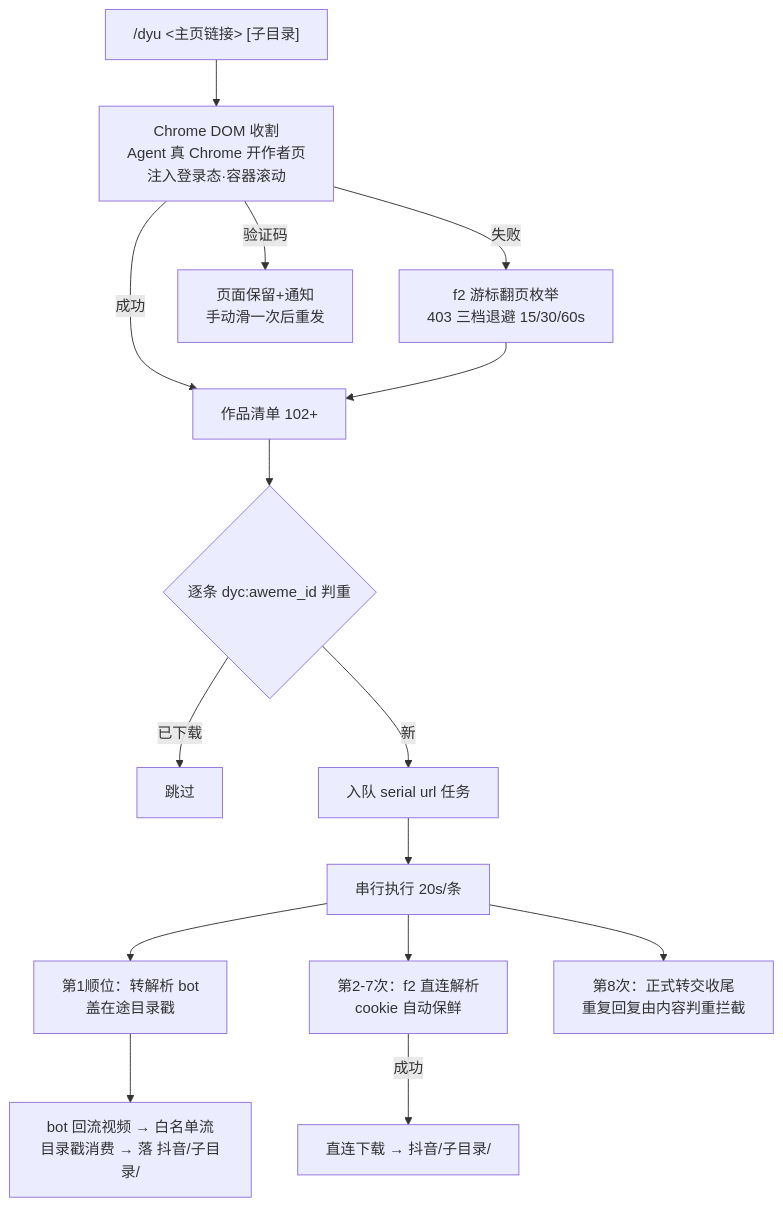
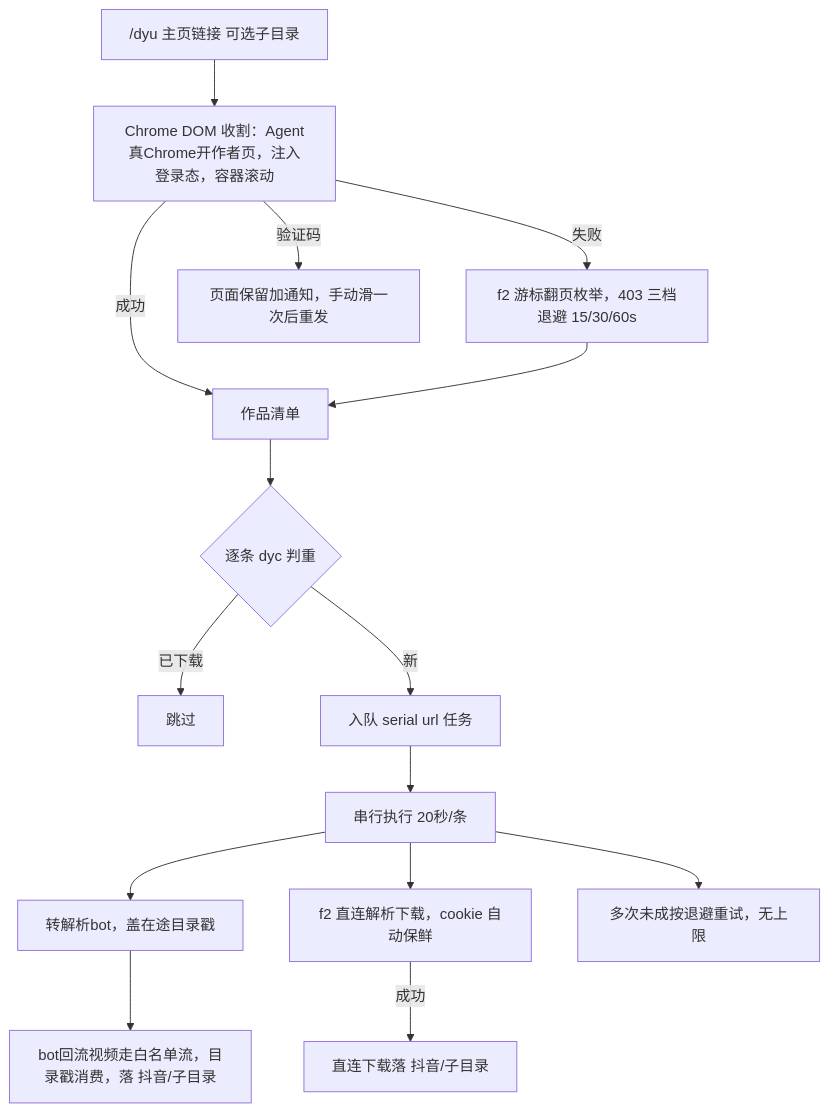
One commit to Hoiyook/tg_userbot changed the fourth of 9 diagrams in docs/下载链路操作指引.md. Above: the diagram before and after it, drawn with Mermaid. The commit also changed other lines of this file, not shown here.

Commit message:
文档：操作指引全部 mermaid 重写为最大兼容写法（消灭纯数字节点ID、梯形斜杠开头、stateDiagram 的 br、& 多源连线、序列图别名括号——低版本解析器报 Error parsing Mermaid diagram 的根类）

````diff
--- a/docs/下载链路操作指引.md
+++ b/docs/下载链路操作指引.md
@@ -134,17 +140,17 @@
 ```mermaid
 flowchart TD
-    A["/dyu <主页链接> [子目录]"] --> B[Chrome DOM 收割<br/>Agent 真 Chrome 开作者页<br/>注入登录态·容器滚动]
-    B -- 失败 --> C[f2 游标翻页枚举<br/>403 三档退避 15/30/60s]
-    B -- 验证码 --> B1[页面保留+通知<br/>手动滑一次后重发]
-    B -- 成功 --> D[作品清单 102+]
+    A["/dyu 主页链接 可选子目录"] --> B["Chrome DOM 收割：Agent真Chrome开作者页，注入登录态，容器滚动"]
+    B -- "失败" --> C["f2 游标翻页枚举，403 三档退避 15/30/60s"]
+    B -- "验证码" --> B1["页面保留加通知，手动滑一次后重发"]
+    B -- "成功" --> D["作品清单"]
     C --> D
-    D --> E{逐条 dyc:aweme_id 判重}
-    E -- 已下载 --> F[跳过]
-    E -- 新 --> G[入队 serial url 任务]
-    G --> H[串行执行 20s/条]
-    H --> I[第1顺位：转解析 bot<br/>盖在途目录戳]
-    I --> J[bot 回流视频 → 白名单流<br/>目录戳消费 → 落 抖音/子目录/]
-    H --> K[第2-7次：f2 直连解析<br/>cookie 自动保鲜]
-    K -- 成功 --> L[直连下载 → 抖音/子目录/]
-    H --> M[第8次：正式转交收尾<br/>重复回复由内容判重拦截]
+    D --> E{"逐条 dyc 判重"}
+    E -- "已下载" --> F["跳过"]
+    E -- "新" --> G["入队 serial url 任务"]
+    G --> H["串行执行 20秒/条"]
+    H --> I["转解析bot，盖在途目录戳"]
+    I --> J["bot回流视频走白名单流，目录戳消费，落 抖音/子目录"]
+    H --> K["f2 直连解析下载，cookie 自动保鲜"]
+    K -- "成功" --> L["直连下载落 抖音/子目录"]
+    H --> M["多次未成按退避重试，无上限"]
 ```
````
